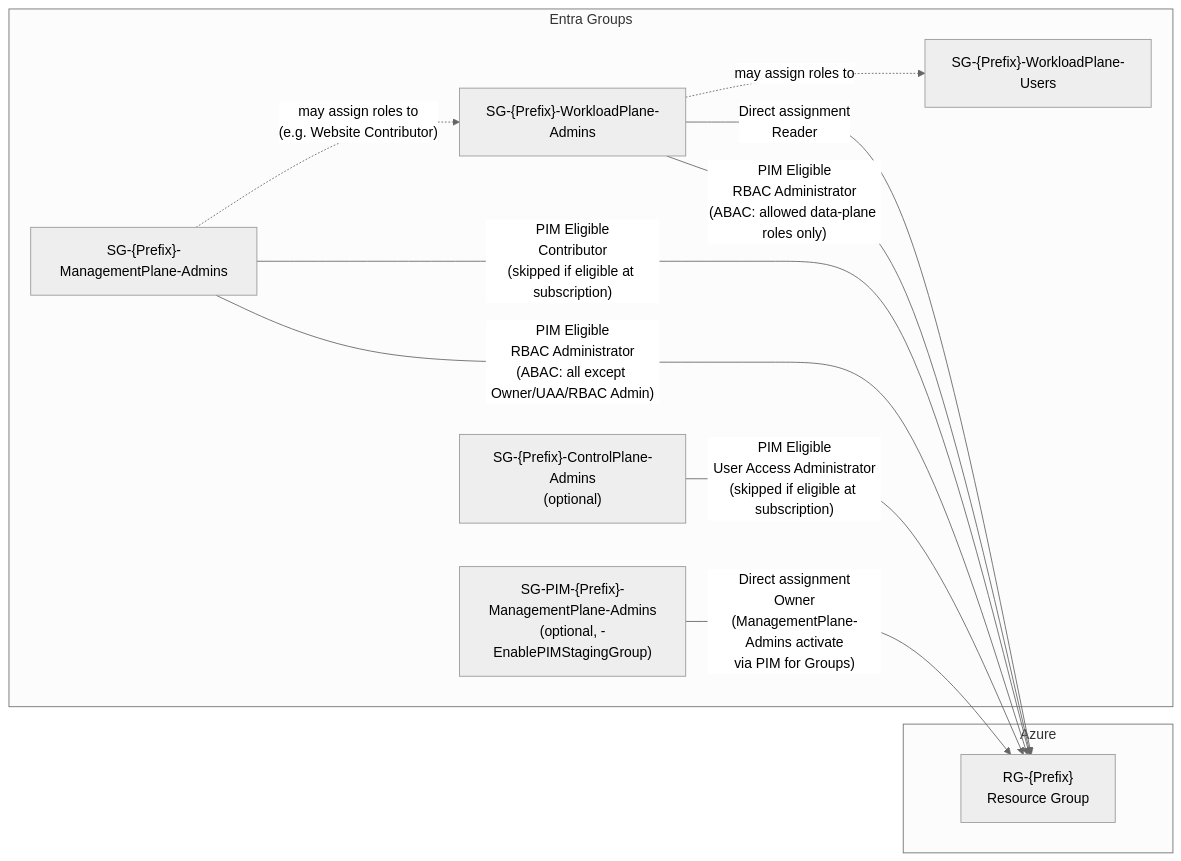
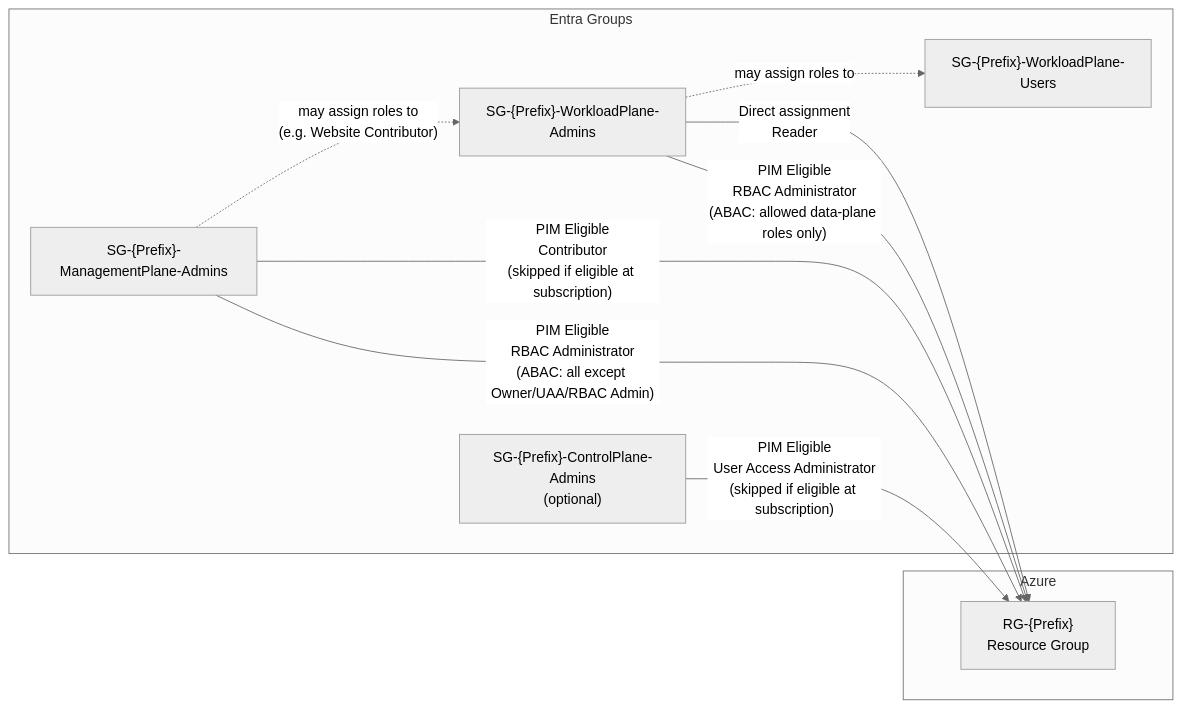
The fifth of 7 diagrams in Docs/content/service-em-landing-zone-visualization.md (Cloud-Architekt/EntraOps), drawn with Mermaid (neutral theme) before and after one commit. The commit also changed other lines of this file and 17 other files, not shown here.

First line of the commit message:
Refactor ServiceEM tests to improve PIM for Groups handling and group ownership validation

````diff
--- a/Docs/content/service-em-landing-zone-visualization.md
+++ b/Docs/content/service-em-landing-zone-visualization.md
@@ -310,23 +301,21 @@
 ```mermaid
 flowchart LR
     subgraph GRP["Entra Groups"]
         G_WP_Adm["SG-{Prefix}-WorkloadPlane-Admins"]
         G_WP_Usr["SG-{Prefix}-WorkloadPlane-Users"]
         G_MP_Adm["SG-{Prefix}-ManagementPlane-Admins"]
         G_Ctrl["SG-{Prefix}-ControlPlane-Admins\n(optional)"]
-        G_PIM["SG-PIM-{Prefix}-ManagementPlane-Admins\n(optional, -EnablePIMStagingGroup)"]
     end
 
     subgraph AZ["Azure"]
         RG["RG-{Prefix}\nResource Group"]
     end
 
     G_WP_Adm  -->|"Direct assignment\nReader"| RG
     G_WP_Adm  -->|"PIM Eligible\nRBAC Administrator\n(ABAC: allowed data-plane roles only)"| RG
     G_MP_Adm  -->|"PIM Eligible\nContributor\n(skipped if eligible at subscription)"| RG
     G_MP_Adm  -->|"PIM Eligible\nRBAC Administrator\n(ABAC: all except Owner/UAA/RBAC Admin)"| RG
     G_Ctrl    -->|"PIM Eligible\nUser Access Administrator\n(skipped if eligible at subscription)"| RG
-    G_PIM     -->|"Direct assignment\nOwner\n(ManagementPlane-Admins activate\nvia PIM for Groups)"| RG
     G_WP_Adm  -.->|"may assign roles to"| G_WP_Usr
     G_MP_Adm  -.->|"may assign roles to\n(e.g. Website Contributor)"| G_WP_Adm
 ```
````
